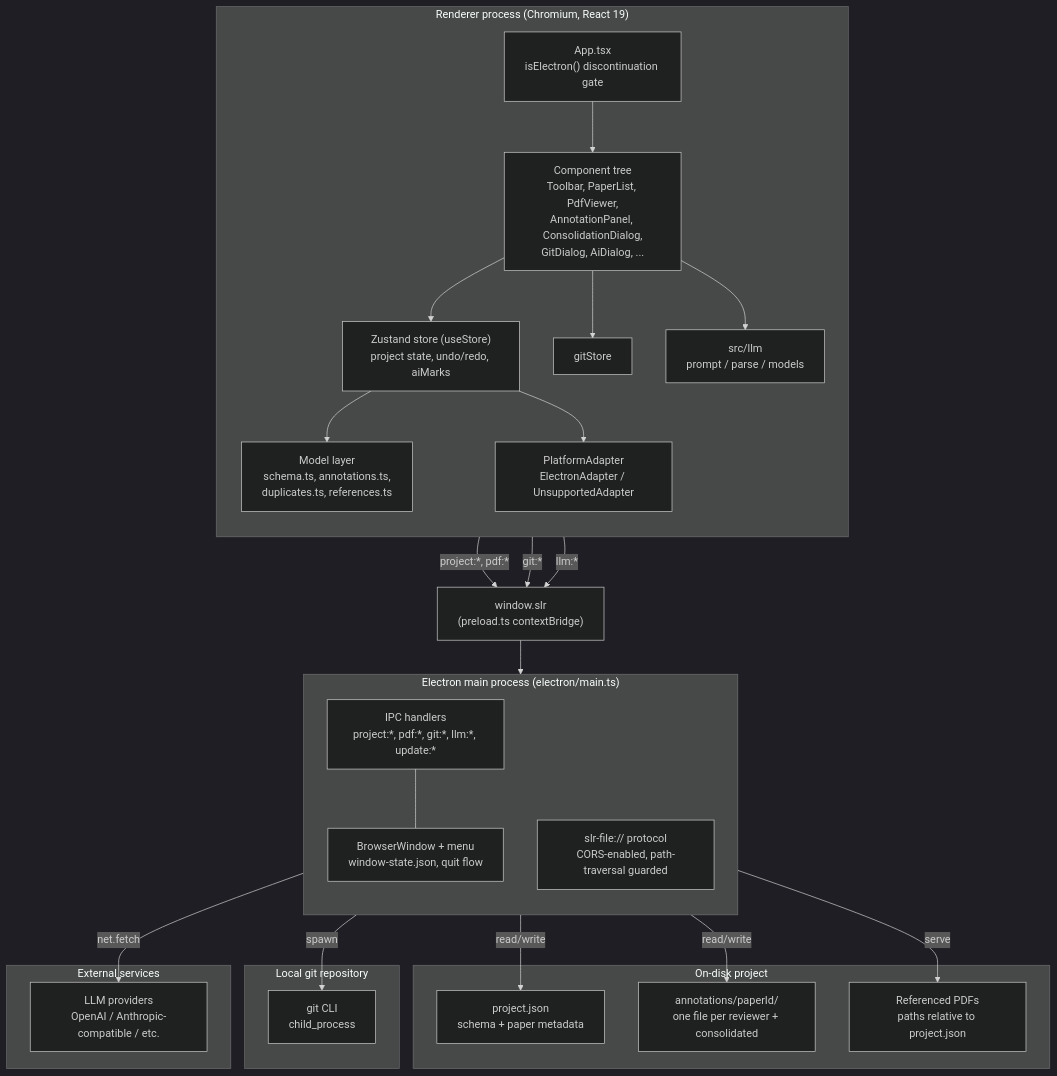
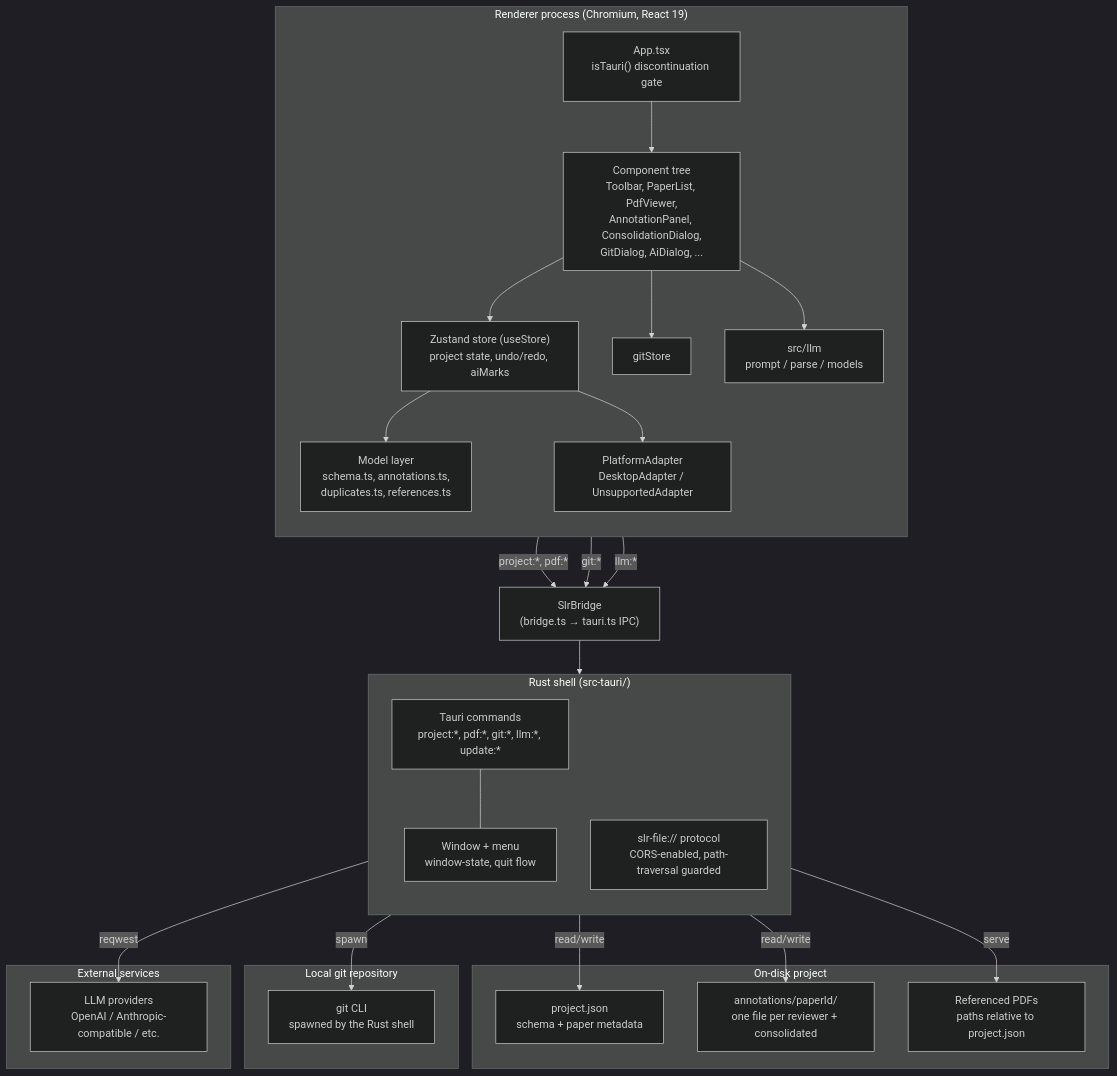
The first of 3 diagrams in openwiki/architecture.md (Gram21/SaiLoR), drawn with Mermaid (dark theme) before and after one commit. The commit also changed other lines of this file and 33 other files, not shown here.

````diff
--- a/openwiki/architecture.md
+++ b/openwiki/architecture.md
@@ -80,74 +94,74 @@
 ```mermaid
 flowchart TB
     subgraph Renderer["Renderer process (Chromium, React 19)"]
         direction TB
         App["App.tsx
-isElectron() discontinuation gate"]
+isTauri() discontinuation gate"]
         Components["Component tree
 Toolbar, PaperList, PdfViewer,
 AnnotationPanel, ConsolidationDialog,
 GitDialog, AiDialog, ..."]
         Store["Zustand store (useStore)
 project state, undo/redo, aiMarks"]
         Model["Model layer
 schema.ts, annotations.ts,
 duplicates.ts, references.ts"]
         GitStore["gitStore"]
         Llm["src/llm
 prompt / parse / models"]
         Platform["PlatformAdapter
-ElectronAdapter / UnsupportedAdapter"]
+DesktopAdapter / UnsupportedAdapter"]
 
         App --> Components
         Components --> Store
         Store --> Model
         Components --> GitStore
         Components --> Llm
         Store --> Platform
     end
 
-    Bridge["window.slr
-(preload.ts contextBridge)"]
+    Bridge["SlrBridge
+(bridge.ts → tauri.ts IPC)"]
 
     Platform -->|"project:*, pdf:*"| Bridge
     GitStore -->|"git:*"| Bridge
     Llm -->|"llm:*"| Bridge
 
-    subgraph Main["Electron main process (electron/main.ts)"]
+    subgraph Main["Rust shell (src-tauri/)"]
         direction TB
-        IPC["IPC handlers
+        IPC["Tauri commands
 project:*, pdf:*, git:*, llm:*, update:*"]
         Protocol["slr-file:// protocol
 CORS-enabled, path-traversal guarded"]
-        Window["BrowserWindow + menu
-window-state.json, quit flow"]
+        Window["Window + menu
+window-state, quit flow"]
     end
 
     Bridge --> IPC
     IPC --- Window
 
     subgraph Disk["On-disk project"]
         ProjectJson["project.json
 schema + paper metadata"]
         Annotations["annotations/paperId/
 one file per reviewer + consolidated"]
         Pdfs["Referenced PDFs
 paths relative to project.json"]
     end
 
     subgraph GitRepo["Local git repository"]
         GitBinary["git CLI
-child_process"]
+spawned by the Rust shell"]
     end
 
     subgraph External["External services"]
         LlmProviders["LLM providers
 OpenAI / Anthropic-compatible / etc."]
     end
 
     IPC -->|"read/write"| ProjectJson
     IPC -->|"read/write"| Annotations
     Protocol -->|"serve"| Pdfs
     IPC -->|"spawn"| GitBinary
-    IPC -->|"net.fetch"| LlmProviders
+    IPC -->|"reqwest"| LlmProviders
 ```
````
